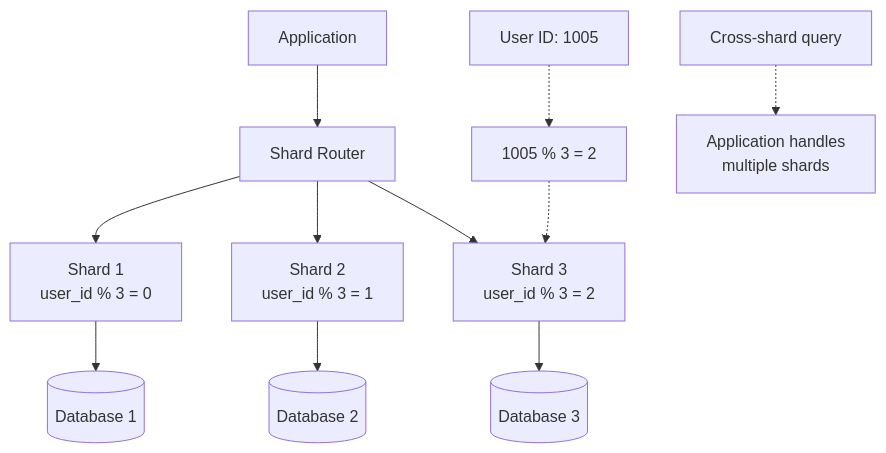
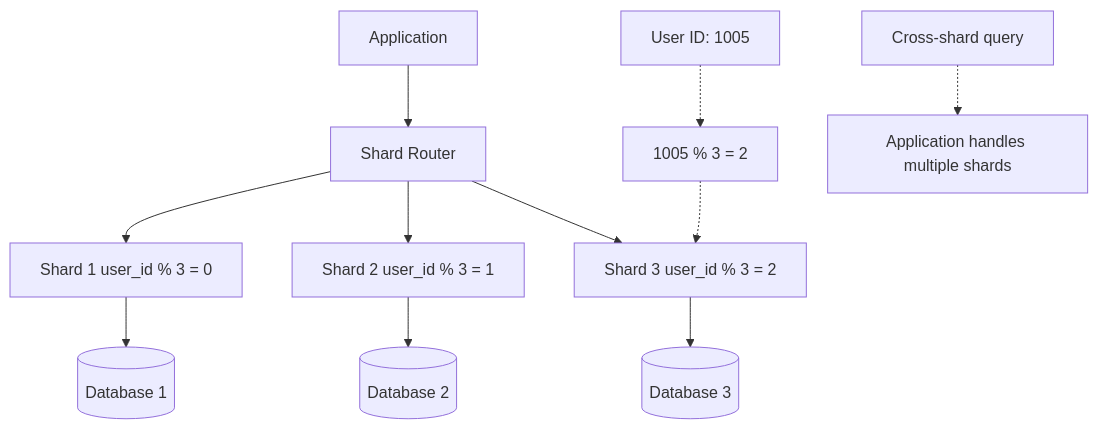
One commit to basharArif/sql-learning-path changed the diagram in ops/2-partitioning-and-sharding.md. Above: the diagram before and after it, drawn with Mermaid. The commit also changed 12 other files, not shown here.

Commit message:
Fix Mermaid diagrams in remaining files: Replace \n with spaces for proper rendering

````diff
--- a/ops/2-partitioning-and-sharding.md
+++ b/ops/2-partitioning-and-sharding.md
@@ -122,16 +122,16 @@
 ```mermaid
 graph TD
     A[Application] --> B[Shard Router]
-    B --> C[Shard 1\nuser_id % 3 = 0]
-    B --> D[Shard 2\nuser_id % 3 = 1]  
-    B --> E[Shard 3\nuser_id % 3 = 2]
+    B --> C[Shard 1 user_id % 3 = 0]
+    B --> D[Shard 2 user_id % 3 = 1]  
+    B --> E[Shard 3 user_id % 3 = 2]
     
     C --> F[(Database 1)]
     D --> G[(Database 2)]
     E --> H[(Database 3)]
     
     I[User ID: 1005] -.-> J[1005 % 3 = 2]
     J -.-> E
     
-    K[Cross-shard query] -.-> L[Application handles\nmultiple shards]
+    K[Cross-shard query] -.-> L[Application handles multiple shards]
 ```
````
